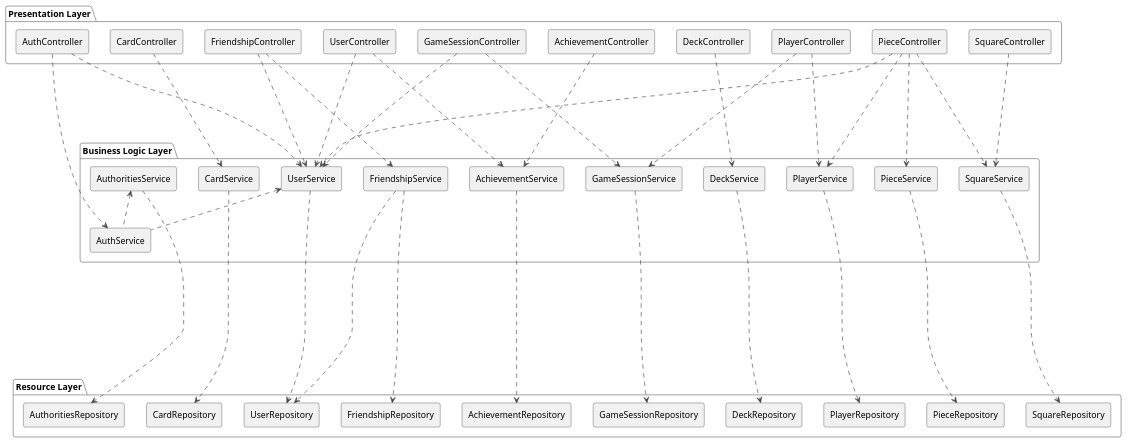
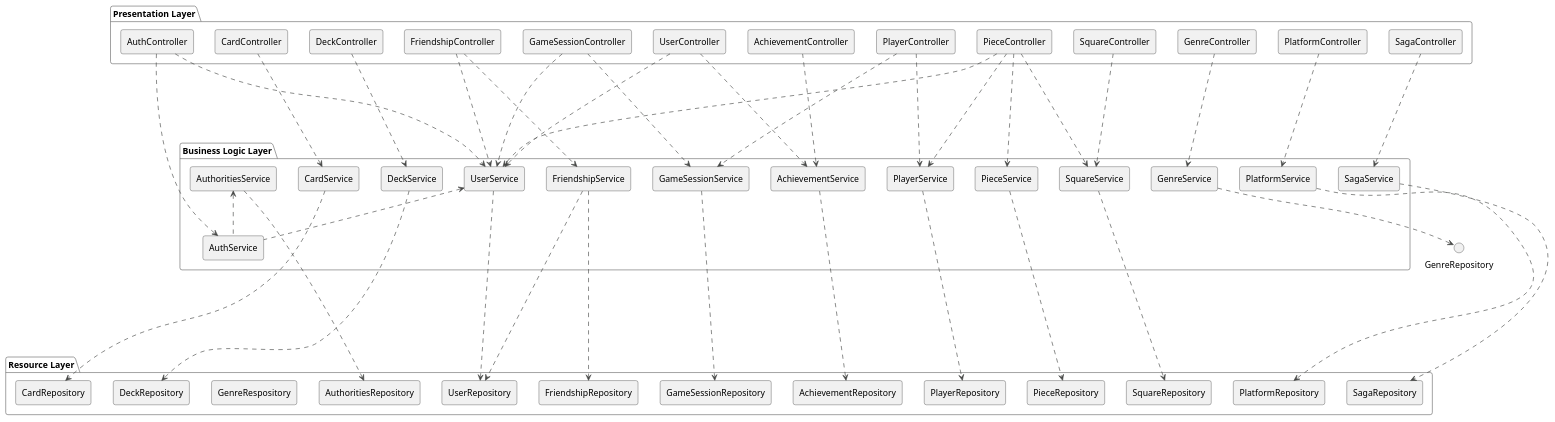
The diagram in docs/diagrams/LayersUMLPackageDiagram.iuml (Alberto1902/DP1-2024-2025--ling-1-main-oct), drawn with PlantUML before and after one commit.

Commit message:
Add Genre, Platform, and Saga components to UML diagram

```diff
--- a/docs/diagrams/LayersUMLPackageDiagram.iuml
+++ b/docs/diagrams/LayersUMLPackageDiagram.iuml
@@ -1,80 +1,94 @@
 @startuml
 !theme vibrant
 skinparam componentStyle rectangle
 
 
 package "Presentation Layer" {
 component CardController
 component DeckController
 component AuthController
 component FriendshipController
 component GameSessionController
 component UserController
 component PieceController
 component PlayerController
 component SquareController
 component AchievementController
-
+component GenreController
+component PlatformController
+component SagaController
 }
 
 package "Business Logic Layer" {
     component CardService
     component DeckService
     component AuthService
     component FriendshipService
     component AchievementService
     component GameSessionService
     component UserService
     component PieceService
     component PlayerService
     component SquareService
-component AuthoritiesService
+    component AuthoritiesService
+    component GenreService
+    component PlatformService
+    component SagaService
 }
 
 package "Resource Layer" {
     component CardRepository
     component DeckRepository
     component FriendshipRepository
     component GameSessionRepository
     component PieceRepository
     component PlayerRepository
     component SquareRepository
     component AchievementRepository
     component UserRepository
-component AuthoritiesRepository
+    component AuthoritiesRepository
+    component GenreRespository
+    component PlatformRepository
+    component SagaRepository
 }
 
 ' Definir relaciones entre las capas
 CardController ..> CardService
 AuthController .....> UserService
 AuthController ..> AuthService
 DeckController ..> DeckService
 FriendshipController ..> FriendshipService
 FriendshipController ....> UserService
 GameSessionController ..> GameSessionService
 GameSessionController .> UserService
 AchievementController ..> AchievementService
 PieceController ..> PieceService
 PieceController ..> PlayerService
 PieceController ....> UserService
 PieceController ..> SquareService
 PlayerController ..> PlayerService
 PlayerController ..> GameSessionService
 SquareController ..> SquareService
 UserController ..> UserService
 UserController ..> AchievementService
+GenreController ..> GenreService
+PlatformController ..> PlatformService
+SagaController ..> SagaService
 UserService <.. AuthService
 AuthoritiesService <.. AuthService
 
 AchievementService ...> AchievementRepository
 CardService .....> CardRepository
 DeckService ......> DeckRepository
 FriendshipService ..> FriendshipRepository
 FriendshipService ..> UserRepository
 GameSessionService ..> GameSessionRepository
 PieceService ..> PieceRepository
 PlayerService ..> PlayerRepository
 SquareService ..> SquareRepository
 UserService ..> UserRepository
 AuthoritiesService ..> AuthoritiesRepository
+GenreService ..> GenreRepository
+PlatformService ..> PlatformRepository
+SagaService ..> SagaRepository
 @enduml
```
